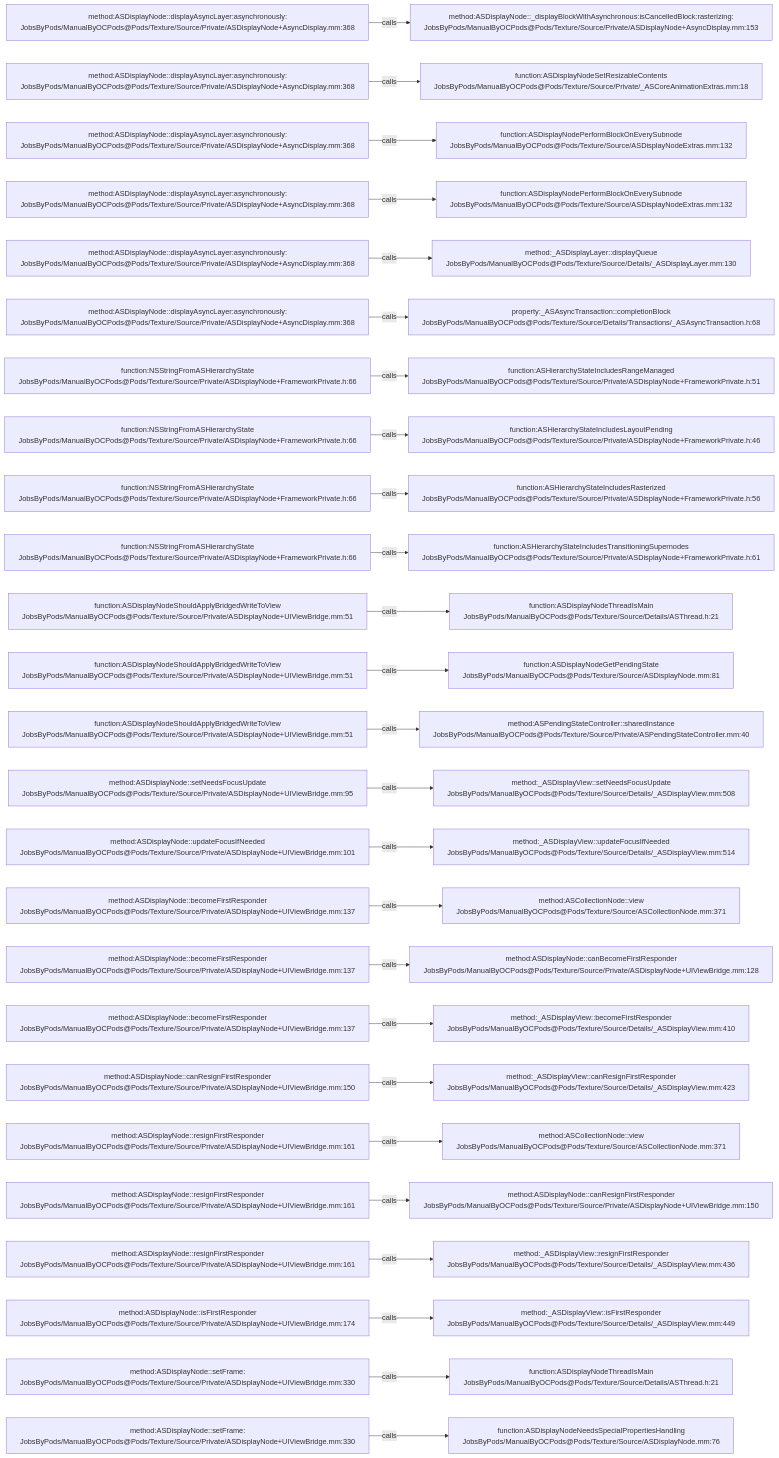
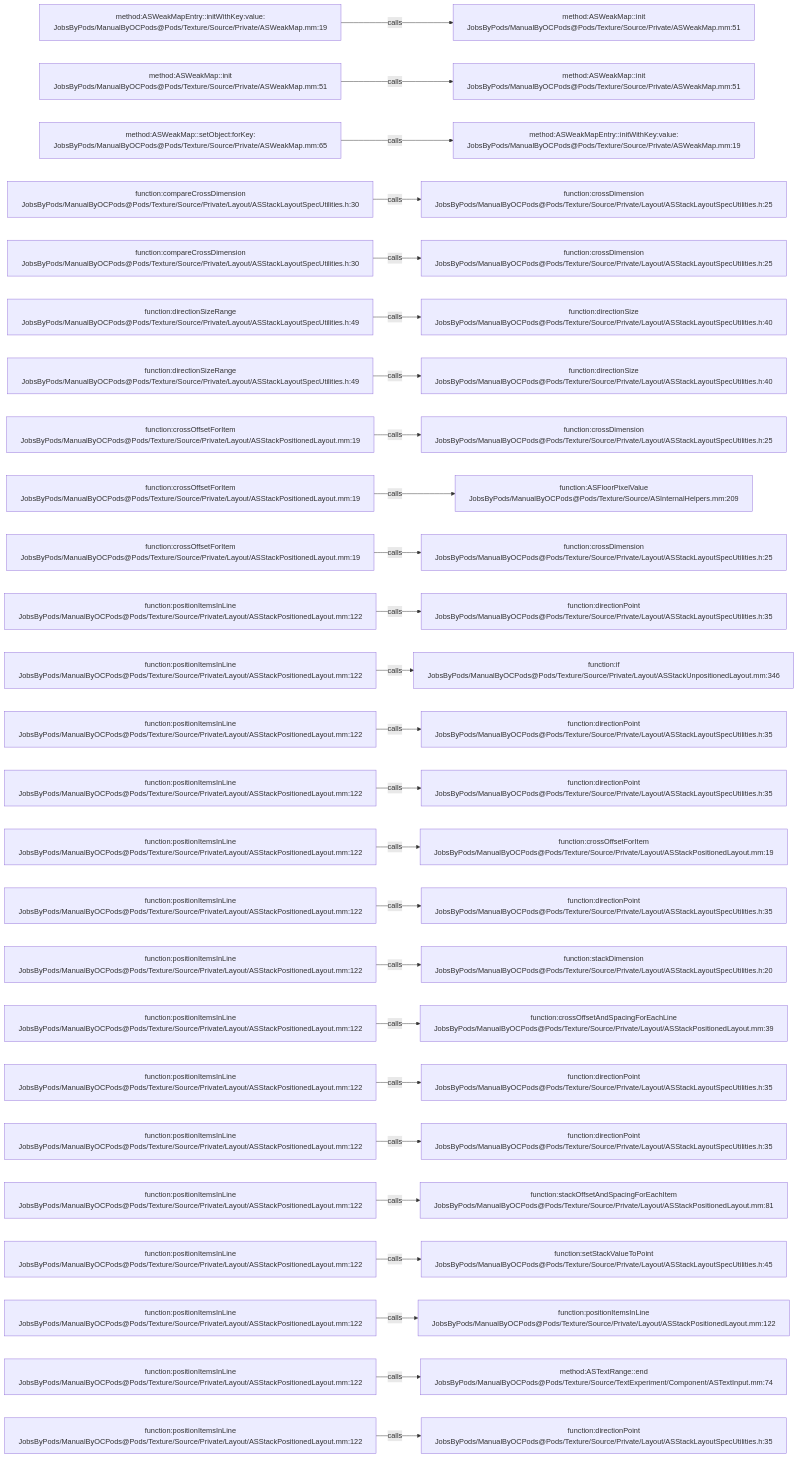
Before and after one commit to JobsKits/JobsOCBaseConfigDemo: the diagram in .codegraph/codegraph.md/graphs/calls-185.md, drawn with Mermaid. The commit also changed 1448 other files, not shown here.

````diff
--- a/.codegraph/codegraph.md/graphs/calls-185.md
+++ b/.codegraph/codegraph.md/graphs/calls-185.md
@@ -13,78 +13,78 @@
 ```mermaid
 flowchart LR
-  S1["method:ASDisplayNode::displayAsyncLayer:asynchronously:<br/>JobsByPods/ManualByOCPods@Pods/Texture/Source/Private/ASDisplayNode+AsyncDisplay.mm:368"]
-  T1["method:ASDisplayNode::_displayBlockWithAsynchronous:isCancelledBlock:rasterizing:<br/>JobsByPods/ManualByOCPods@Pods/Texture/Source/Private/ASDisplayNode+AsyncDisplay.mm:153"]
+  S1["method:ASWeakMapEntry::initWithKey:value:<br/>JobsByPods/ManualByOCPods@Pods/Texture/Source/Private/ASWeakMap.mm:19"]
+  T1["method:ASWeakMap::init<br/>JobsByPods/ManualByOCPods@Pods/Texture/Source/Private/ASWeakMap.mm:51"]
   S1 -->|calls| T1
-  S2["method:ASDisplayNode::displayAsyncLayer:asynchronously:<br/>JobsByPods/ManualByOCPods@Pods/Texture/Source/Private/ASDisplayNode+AsyncDisplay.mm:368"]
-  T2["function:ASDisplayNodeSetResizableContents<br/>JobsByPods/ManualByOCPods@Pods/Texture/Source/Private/_ASCoreAnimationExtras.mm:18"]
+  S2["method:ASWeakMap::init<br/>JobsByPods/ManualByOCPods@Pods/Texture/Source/Private/ASWeakMap.mm:51"]
+  T2["method:ASWeakMap::init<br/>JobsByPods/ManualByOCPods@Pods/Texture/Source/Private/ASWeakMap.mm:51"]
   S2 -->|calls| T2
-  S3["method:ASDisplayNode::displayAsyncLayer:asynchronously:<br/>JobsByPods/ManualByOCPods@Pods/Texture/Source/Private/ASDisplayNode+AsyncDisplay.mm:368"]
-  T3["function:ASDisplayNodePerformBlockOnEverySubnode<br/>JobsByPods/ManualByOCPods@Pods/Texture/Source/ASDisplayNodeExtras.mm:132"]
+  S3["method:ASWeakMap::setObject:forKey:<br/>JobsByPods/ManualByOCPods@Pods/Texture/Source/Private/ASWeakMap.mm:65"]
+  T3["method:ASWeakMapEntry::initWithKey:value:<br/>JobsByPods/ManualByOCPods@Pods/Texture/Source/Private/ASWeakMap.mm:19"]
   S3 -->|calls| T3
-  S4["method:ASDisplayNode::displayAsyncLayer:asynchronously:<br/>JobsByPods/ManualByOCPods@Pods/Texture/Source/Private/ASDisplayNode+AsyncDisplay.mm:368"]
-  T4["function:ASDisplayNodePerformBlockOnEverySubnode<br/>JobsByPods/ManualByOCPods@Pods/Texture/Source/ASDisplayNodeExtras.mm:132"]
+  S4["function:compareCrossDimension<br/>JobsByPods/ManualByOCPods@Pods/Texture/Source/Private/Layout/ASStackLayoutSpecUtilities.h:30"]
+  T4["function:crossDimension<br/>JobsByPods/ManualByOCPods@Pods/Texture/Source/Private/Layout/ASStackLayoutSpecUtilities.h:25"]
   S4 -->|calls| T4
-  S5["method:ASDisplayNode::displayAsyncLayer:asynchronously:<br/>JobsByPods/ManualByOCPods@Pods/Texture/Source/Private/ASDisplayNode+AsyncDisplay.mm:368"]
-  T5["method:_ASDisplayLayer::displayQueue<br/>JobsByPods/ManualByOCPods@Pods/Texture/Source/Details/_ASDisplayLayer.mm:130"]
+  S5["function:compareCrossDimension<br/>JobsByPods/ManualByOCPods@Pods/Texture/Source/Private/Layout/ASStackLayoutSpecUtilities.h:30"]
+  T5["function:crossDimension<br/>JobsByPods/ManualByOCPods@Pods/Texture/Source/Private/Layout/ASStackLayoutSpecUtilities.h:25"]
   S5 -->|calls| T5
-  S6["method:ASDisplayNode::displayAsyncLayer:asynchronously:<br/>JobsByPods/ManualByOCPods@Pods/Texture/Source/Private/ASDisplayNode+AsyncDisplay.mm:368"]
-  T6["property:_ASAsyncTransaction::completionBlock<br/>JobsByPods/ManualByOCPods@Pods/Texture/Source/Details/Transactions/_ASAsyncTransaction.h:68"]
+  S6["function:directionSizeRange<br/>JobsByPods/ManualByOCPods@Pods/Texture/Source/Private/Layout/ASStackLayoutSpecUtilities.h:49"]
+  T6["function:directionSize<br/>JobsByPods/ManualByOCPods@Pods/Texture/Source/Private/Layout/ASStackLayoutSpecUtilities.h:40"]
   S6 -->|calls| T6
-  S7["function:NSStringFromASHierarchyState<br/>JobsByPods/ManualByOCPods@Pods/Texture/Source/Private/ASDisplayNode+FrameworkPrivate.h:66"]
-  T7["function:ASHierarchyStateIncludesRangeManaged<br/>JobsByPods/ManualByOCPods@Pods/Texture/Source/Private/ASDisplayNode+FrameworkPrivate.h:51"]
+  S7["function:directionSizeRange<br/>JobsByPods/ManualByOCPods@Pods/Texture/Source/Private/Layout/ASStackLayoutSpecUtilities.h:49"]
+  T7["function:directionSize<br/>JobsByPods/ManualByOCPods@Pods/Texture/Source/Private/Layout/ASStackLayoutSpecUtilities.h:40"]
   S7 -->|calls| T7
-  S8["function:NSStringFromASHierarchyState<br/>JobsByPods/ManualByOCPods@Pods/Texture/Source/Private/ASDisplayNode+FrameworkPrivate.h:66"]
-  T8["function:ASHierarchyStateIncludesLayoutPending<br/>JobsByPods/ManualByOCPods@Pods/Texture/Source/Private/ASDisplayNode+FrameworkPrivate.h:46"]
+  S8["function:crossOffsetForItem<br/>JobsByPods/ManualByOCPods@Pods/Texture/Source/Private/Layout/ASStackPositionedLayout.mm:19"]
+  T8["function:crossDimension<br/>JobsByPods/ManualByOCPods@Pods/Texture/Source/Private/Layout/ASStackLayoutSpecUtilities.h:25"]
   S8 -->|calls| T8
-  S9["function:NSStringFromASHierarchyState<br/>JobsByPods/ManualByOCPods@Pods/Texture/Source/Private/ASDisplayNode+FrameworkPrivate.h:66"]
-  T9["function:ASHierarchyStateIncludesRasterized<br/>JobsByPods/ManualByOCPods@Pods/Texture/Source/Private/ASDisplayNode+FrameworkPrivate.h:56"]
+  S9["function:crossOffsetForItem<br/>JobsByPods/ManualByOCPods@Pods/Texture/Source/Private/Layout/ASStackPositionedLayout.mm:19"]
+  T9["function:ASFloorPixelValue<br/>JobsByPods/ManualByOCPods@Pods/Texture/Source/ASInternalHelpers.mm:209"]
   S9 -->|calls| T9
-  S10["function:NSStringFromASHierarchyState<br/>JobsByPods/ManualByOCPods@Pods/Texture/Source/Private/ASDisplayNode+FrameworkPrivate.h:66"]
-  T10["function:ASHierarchyStateIncludesTransitioningSupernodes<br/>JobsByPods/ManualByOCPods@Pods/Texture/Source/Private/ASDisplayNode+FrameworkPrivate.h:61"]
+  S10["function:crossOffsetForItem<br/>JobsByPods/ManualByOCPods@Pods/Texture/Source/Private/Layout/ASStackPositionedLayout.mm:19"]
+  T10["function:crossDimension<br/>JobsByPods/ManualByOCPods@Pods/Texture/Source/Private/Layout/ASStackLayoutSpecUtilities.h:25"]
   S10 -->|calls| T10
-  S11["function:ASDisplayNodeShouldApplyBridgedWriteToView<br/>JobsByPods/ManualByOCPods@Pods/Texture/Source/Private/ASDisplayNode+UIViewBridge.mm:51"]
-  T11["function:ASDisplayNodeThreadIsMain<br/>JobsByPods/ManualByOCPods@Pods/Texture/Source/Details/ASThread.h:21"]
+  S11["function:positionItemsInLine<br/>JobsByPods/ManualByOCPods@Pods/Texture/Source/Private/Layout/ASStackPositionedLayout.mm:122"]
+  T11["function:directionPoint<br/>JobsByPods/ManualByOCPods@Pods/Texture/Source/Private/Layout/ASStackLayoutSpecUtilities.h:35"]
   S11 -->|calls| T11
-  S12["function:ASDisplayNodeShouldApplyBridgedWriteToView<br/>JobsByPods/ManualByOCPods@Pods/Texture/Source/Private/ASDisplayNode+UIViewBridge.mm:51"]
-  T12["function:ASDisplayNodeGetPendingState<br/>JobsByPods/ManualByOCPods@Pods/Texture/Source/ASDisplayNode.mm:81"]
+  S12["function:positionItemsInLine<br/>JobsByPods/ManualByOCPods@Pods/Texture/Source/Private/Layout/ASStackPositionedLayout.mm:122"]
+  T12["function:if<br/>JobsByPods/ManualByOCPods@Pods/Texture/Source/Private/Layout/ASStackUnpositionedLayout.mm:346"]
   S12 -->|calls| T12
-  S13["function:ASDisplayNodeShouldApplyBridgedWriteToView<br/>JobsByPods/ManualByOCPods@Pods/Texture/Source/Private/ASDisplayNode+UIViewBridge.mm:51"]
-  T13["method:ASPendingStateController::sharedInstance<br/>JobsByPods/ManualByOCPods@Pods/Texture/Source/Private/ASPendingStateController.mm:40"]
+  S13["function:positionItemsInLine<br/>JobsByPods/ManualByOCPods@Pods/Texture/Source/Private/Layout/ASStackPositionedLayout.mm:122"]
+  T13["function:directionPoint<br/>JobsByPods/ManualByOCPods@Pods/Texture/Source/Private/Layout/ASStackLayoutSpecUtilities.h:35"]
   S13 -->|calls| T13
-  S14["method:ASDisplayNode::setNeedsFocusUpdate<br/>JobsByPods/ManualByOCPods@Pods/Texture/Source/Private/ASDisplayNode+UIViewBridge.mm:95"]
-  T14["method:_ASDisplayView::setNeedsFocusUpdate<br/>JobsByPods/ManualByOCPods@Pods/Texture/Source/Details/_ASDisplayView.mm:508"]
+  S14["function:positionItemsInLine<br/>JobsByPods/ManualByOCPods@Pods/Texture/Source/Private/Layout/ASStackPositionedLayout.mm:122"]
+  T14["function:directionPoint<br/>JobsByPods/ManualByOCPods@Pods/Texture/Source/Private/Layout/ASStackLayoutSpecUtilities.h:35"]
   S14 -->|calls| T14
-  S15["method:ASDisplayNode::updateFocusIfNeeded<br/>JobsByPods/ManualByOCPods@Pods/Texture/Source/Private/ASDisplayNode+UIViewBridge.mm:101"]
-  T15["method:_ASDisplayView::updateFocusIfNeeded<br/>JobsByPods/ManualByOCPods@Pods/Texture/Source/Details/_ASDisplayView.mm:514"]
+  S15["function:positionItemsInLine<br/>JobsByPods/ManualByOCPods@Pods/Texture/Source/Private/Layout/ASStackPositionedLayout.mm:122"]
+  T15["function:crossOffsetForItem<br/>JobsByPods/ManualByOCPods@Pods/Texture/Source/Private/Layout/ASStackPositionedLayout.mm:19"]
   S15 -->|calls| T15
-  S16["method:ASDisplayNode::becomeFirstResponder<br/>JobsByPods/ManualByOCPods@Pods/Texture/Source/Private/ASDisplayNode+UIViewBridge.mm:137"]
-  T16["method:ASCollectionNode::view<br/>JobsByPods/ManualByOCPods@Pods/Texture/Source/ASCollectionNode.mm:371"]
+  S16["function:positionItemsInLine<br/>JobsByPods/ManualByOCPods@Pods/Texture/Source/Private/Layout/ASStackPositionedLayout.mm:122"]
+  T16["function:directionPoint<br/>JobsByPods/ManualByOCPods@Pods/Texture/Source/Private/Layout/ASStackLayoutSpecUtilities.h:35"]
   S16 -->|calls| T16
-  S17["method:ASDisplayNode::becomeFirstResponder<br/>JobsByPods/ManualByOCPods@Pods/Texture/Source/Private/ASDisplayNode+UIViewBridge.mm:137"]
-  T17["method:ASDisplayNode::canBecomeFirstResponder<br/>JobsByPods/ManualByOCPods@Pods/Texture/Source/Private/ASDisplayNode+UIViewBridge.mm:128"]
+  S17["function:positionItemsInLine<br/>JobsByPods/ManualByOCPods@Pods/Texture/Source/Private/Layout/ASStackPositionedLayout.mm:122"]
+  T17["function:stackDimension<br/>JobsByPods/ManualByOCPods@Pods/Texture/Source/Private/Layout/ASStackLayoutSpecUtilities.h:20"]
   S17 -->|calls| T17
-  S18["method:ASDisplayNode::becomeFirstResponder<br/>JobsByPods/ManualByOCPods@Pods/Texture/Source/Private/ASDisplayNode+UIViewBridge.mm:137"]
-  T18["method:_ASDisplayView::becomeFirstResponder<br/>JobsByPods/ManualByOCPods@Pods/Texture/Source/Details/_ASDisplayView.mm:410"]
+  S18["function:positionItemsInLine<br/>JobsByPods/ManualByOCPods@Pods/Texture/Source/Private/Layout/ASStackPositionedLayout.mm:122"]
+  T18["function:crossOffsetAndSpacingForEachLine<br/>JobsByPods/ManualByOCPods@Pods/Texture/Source/Private/Layout/ASStackPositionedLayout.mm:39"]
   S18 -->|calls| T18
-  S19["method:ASDisplayNode::canResignFirstResponder<br/>JobsByPods/ManualByOCPods@Pods/Texture/Source/Private/ASDisplayNode+UIViewBridge.mm:150"]
-  T19["method:_ASDisplayView::canResignFirstResponder<br/>JobsByPods/ManualByOCPods@Pods/Texture/Source/Details/_ASDisplayView.mm:423"]
+  S19["function:positionItemsInLine<br/>JobsByPods/ManualByOCPods@Pods/Texture/Source/Private/Layout/ASStackPositionedLayout.mm:122"]
+  T19["function:directionPoint<br/>JobsByPods/ManualByOCPods@Pods/Texture/Source/Private/Layout/ASStackLayoutSpecUtilities.h:35"]
   S19 -->|calls| T19
-  S20["method:ASDisplayNode::resignFirstResponder<br/>JobsByPods/ManualByOCPods@Pods/Texture/Source/Private/ASDisplayNode+UIViewBridge.mm:161"]
-  T20["method:ASCollectionNode::view<br/>JobsByPods/ManualByOCPods@Pods/Texture/Source/ASCollectionNode.mm:371"]
+  S20["function:positionItemsInLine<br/>JobsByPods/ManualByOCPods@Pods/Texture/Source/Private/Layout/ASStackPositionedLayout.mm:122"]
+  T20["function:directionPoint<br/>JobsByPods/ManualByOCPods@Pods/Texture/Source/Private/Layout/ASStackLayoutSpecUtilities.h:35"]
   S20 -->|calls| T20
-  S21["method:ASDisplayNode::resignFirstResponder<br/>JobsByPods/ManualByOCPods@Pods/Texture/Source/Private/ASDisplayNode+UIViewBridge.mm:161"]
-  T21["method:ASDisplayNode::canResignFirstResponder<br/>JobsByPods/ManualByOCPods@Pods/Texture/Source/Private/ASDisplayNode+UIViewBridge.mm:150"]
+  S21["function:positionItemsInLine<br/>JobsByPods/ManualByOCPods@Pods/Texture/Source/Private/Layout/ASStackPositionedLayout.mm:122"]
+  T21["function:stackOffsetAndSpacingForEachItem<br/>JobsByPods/ManualByOCPods@Pods/Texture/Source/Private/Layout/ASStackPositionedLayout.mm:81"]
   S21 -->|calls| T21
-  S22["method:ASDisplayNode::resignFirstResponder<br/>JobsByPods/ManualByOCPods@Pods/Texture/Source/Private/ASDisplayNode+UIViewBridge.mm:161"]
-  T22["method:_ASDisplayView::resignFirstResponder<br/>JobsByPods/ManualByOCPods@Pods/Texture/Source/Details/_ASDisplayView.mm:436"]
+  S22["function:positionItemsInLine<br/>JobsByPods/ManualByOCPods@Pods/Texture/Source/Private/Layout/ASStackPositionedLayout.mm:122"]
+  T22["function:setStackValueToPoint<br/>JobsByPods/ManualByOCPods@Pods/Texture/Source/Private/Layout/ASStackLayoutSpecUtilities.h:45"]
   S22 -->|calls| T22
-  S23["method:ASDisplayNode::isFirstResponder<br/>JobsByPods/ManualByOCPods@Pods/Texture/Source/Private/ASDisplayNode+UIViewBridge.mm:174"]
-  T23["method:_ASDisplayView::isFirstResponder<br/>JobsByPods/ManualByOCPods@Pods/Texture/Source/Details/_ASDisplayView.mm:449"]
+  S23["function:positionItemsInLine<br/>JobsByPods/ManualByOCPods@Pods/Texture/Source/Private/Layout/ASStackPositionedLayout.mm:122"]
+  T23["function:positionItemsInLine<br/>JobsByPods/ManualByOCPods@Pods/Texture/Source/Private/Layout/ASStackPositionedLayout.mm:122"]
   S23 -->|calls| T23
-  S24["method:ASDisplayNode::setFrame:<br/>JobsByPods/ManualByOCPods@Pods/Texture/Source/Private/ASDisplayNode+UIViewBridge.mm:330"]
-  T24["function:ASDisplayNodeThreadIsMain<br/>JobsByPods/ManualByOCPods@Pods/Texture/Source/Details/ASThread.h:21"]
+  S24["function:positionItemsInLine<br/>JobsByPods/ManualByOCPods@Pods/Texture/Source/Private/Layout/ASStackPositionedLayout.mm:122"]
+  T24["method:ASTextRange::end<br/>JobsByPods/ManualByOCPods@Pods/Texture/Source/TextExperiment/Component/ASTextInput.mm:74"]
   S24 -->|calls| T24
-  S25["method:ASDisplayNode::setFrame:<br/>JobsByPods/ManualByOCPods@Pods/Texture/Source/Private/ASDisplayNode+UIViewBridge.mm:330"]
-  T25["function:ASDisplayNodeNeedsSpecialPropertiesHandling<br/>JobsByPods/ManualByOCPods@Pods/Texture/Source/ASDisplayNode.mm:76"]
+  S25["function:positionItemsInLine<br/>JobsByPods/ManualByOCPods@Pods/Texture/Source/Private/Layout/ASStackPositionedLayout.mm:122"]
+  T25["function:directionPoint<br/>JobsByPods/ManualByOCPods@Pods/Texture/Source/Private/Layout/ASStackLayoutSpecUtilities.h:35"]
   S25 -->|calls| T25
 ```
````
